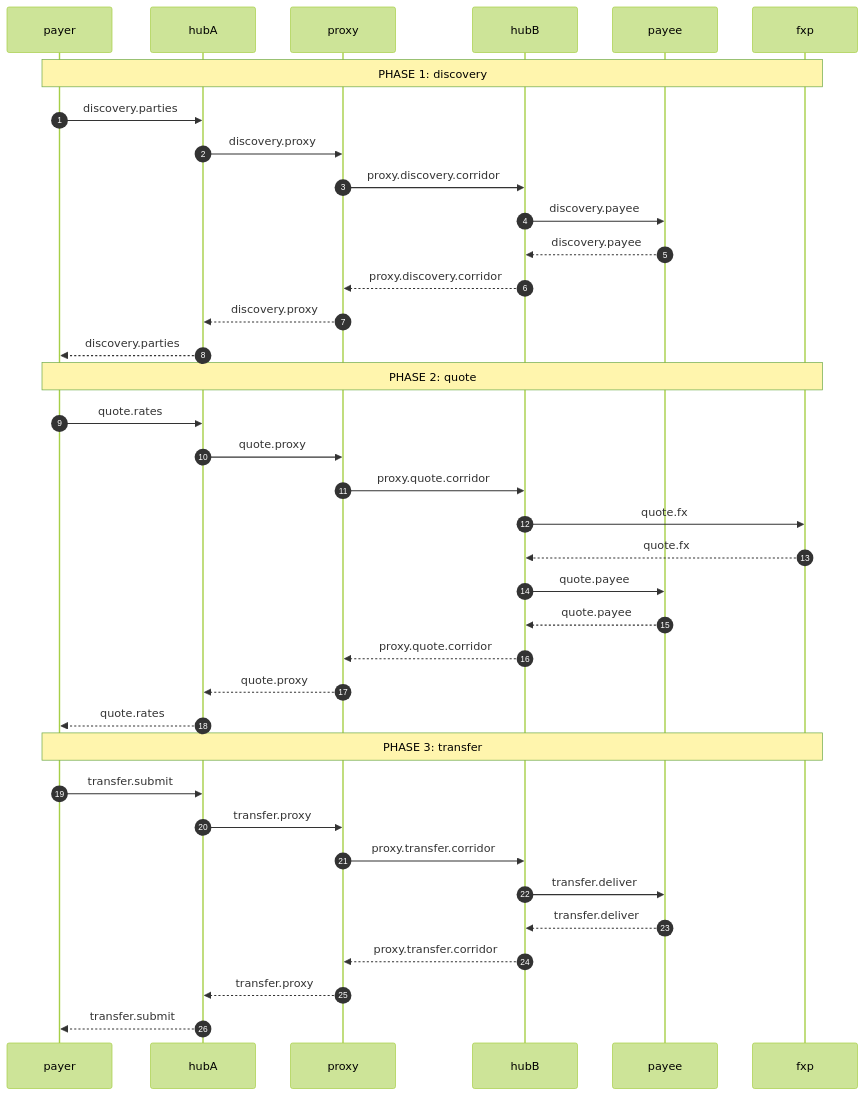
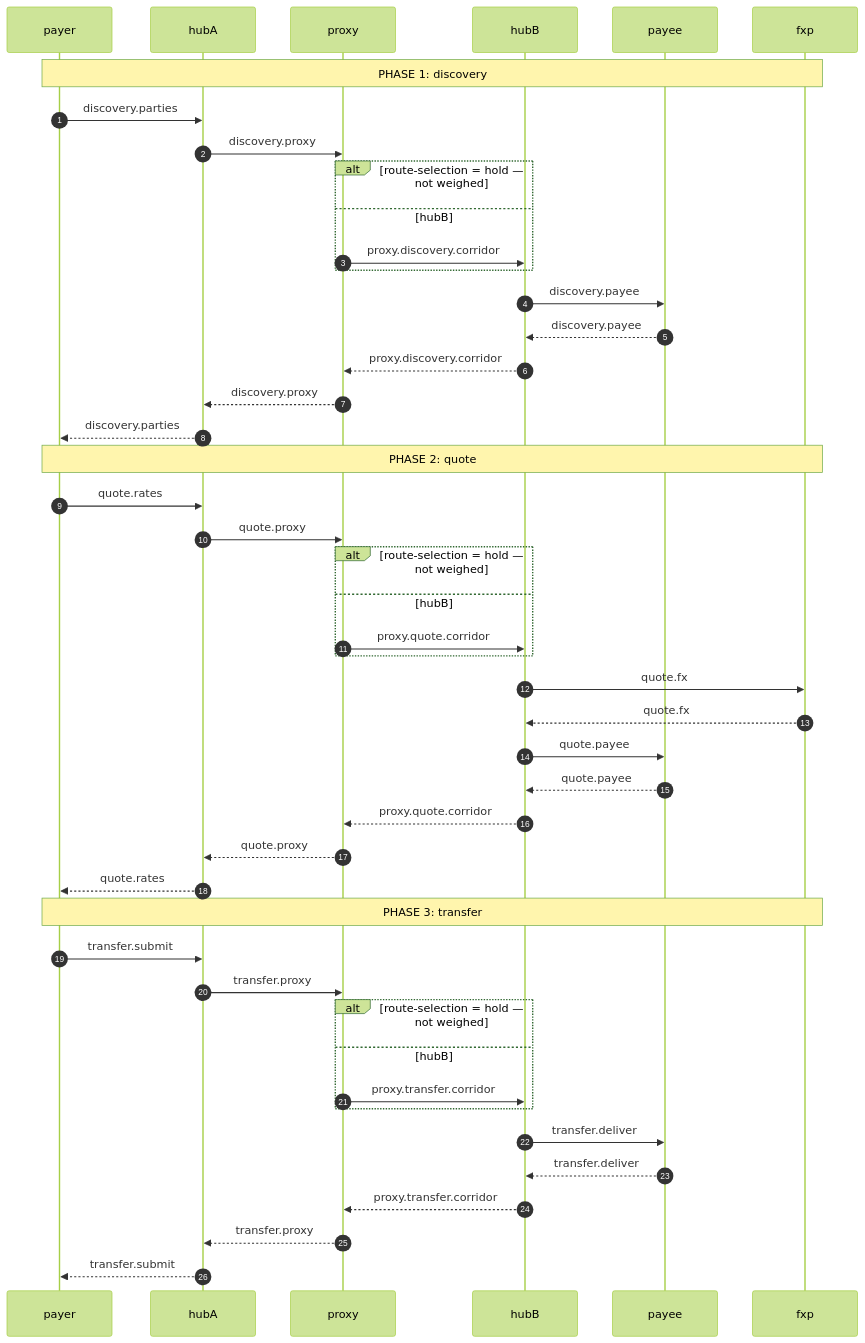
One commit to feasibleone/blong changed the second of 2 diagrams in core/semantic-log/docs/observed-flows.md. Above: the diagram before and after it, drawn with Mermaid (forest theme). The commit also changed other lines of this file and 297 other files, not shown here.

Commit message:
feat: sequence diagram progress points

````diff
--- a/core/semantic-log/docs/observed-flows.md
+++ b/core/semantic-log/docs/observed-flows.md
@@ -77,39 +82,48 @@
 ```mermaid
 sequenceDiagram
     autonumber
     participant payer
     participant hubA
     participant proxy
     participant hubB
     participant payee
     participant fxp
     Note over payer, fxp: PHASE 1: discovery
     payer->>hubA: discovery.parties
     hubA->>proxy: discovery.proxy
+    alt route-selection = hold — not weighed
+    else hubB
     proxy->>hubB: proxy.discovery.corridor
+    end
     hubB->>payee: discovery.payee
     payee-->>hubB: discovery.payee
     hubB-->>proxy: proxy.discovery.corridor
     proxy-->>hubA: discovery.proxy
     hubA-->>payer: discovery.parties
     Note over payer, fxp: PHASE 2: quote
     payer->>hubA: quote.rates
     hubA->>proxy: quote.proxy
+    alt route-selection = hold — not weighed
+    else hubB
     proxy->>hubB: proxy.quote.corridor
+    end
     hubB->>fxp: quote.fx
     fxp-->>hubB: quote.fx
     hubB->>payee: quote.payee
     payee-->>hubB: quote.payee
     hubB-->>proxy: proxy.quote.corridor
     proxy-->>hubA: quote.proxy
     hubA-->>payer: quote.rates
     Note over payer, fxp: PHASE 3: transfer
     payer->>hubA: transfer.submit
     hubA->>proxy: transfer.proxy
+    alt route-selection = hold — not weighed
+    else hubB
     proxy->>hubB: proxy.transfer.corridor
+    end
     hubB->>payee: transfer.deliver
     payee-->>hubB: transfer.deliver
     hubB-->>proxy: proxy.transfer.corridor
     proxy-->>hubA: transfer.proxy
     hubA-->>payer: transfer.submit
 ```
````
